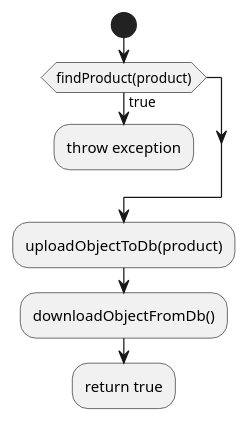
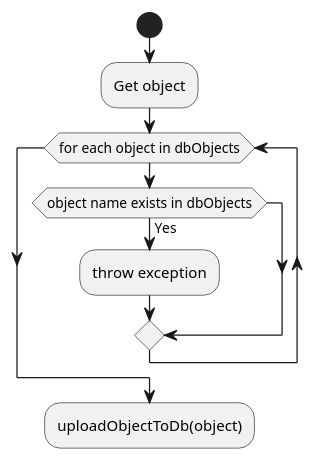
The diagram in src/main/resources/ex44/ActivityDiagrams/addItem.puml (mplekunov/Assignment_3), drawn with PlantUML before and after one commit. The commit also changed 34 other files, not shown here.

```diff
--- a/src/main/resources/ex44/ActivityDiagrams/addItem.puml
+++ b/src/main/resources/ex44/ActivityDiagrams/addItem.puml
@@ -1,12 +1,12 @@
 @startuml
 'https://plantuml.com/activity-diagram-beta
 
 start
-    if (findProduct(product)) is (true) then
-        :throw exception;
-        kill
-    endif
-    :uploadObjectToDb(product);
-    :downloadObjectFromDb();
-    :return true;
+    :Get object;
+    while (for each object in dbObjects)
+        if (object name exists in dbObjects) is (Yes) then
+            :throw exception;
+        endif
+    endwhile
+    :uploadObjectToDb(object);
 @enduml
```
